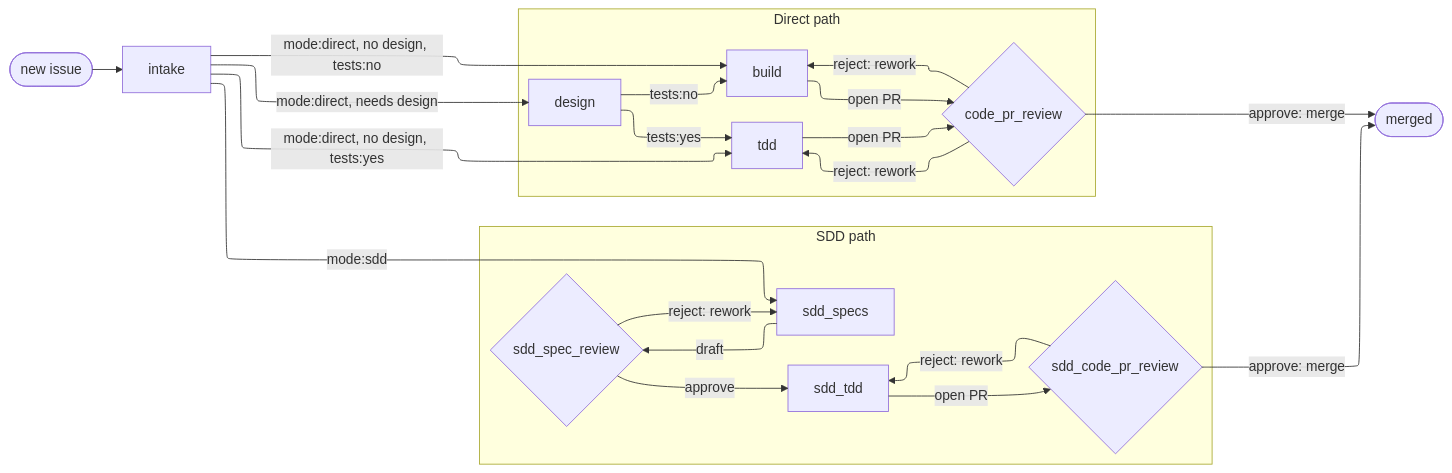
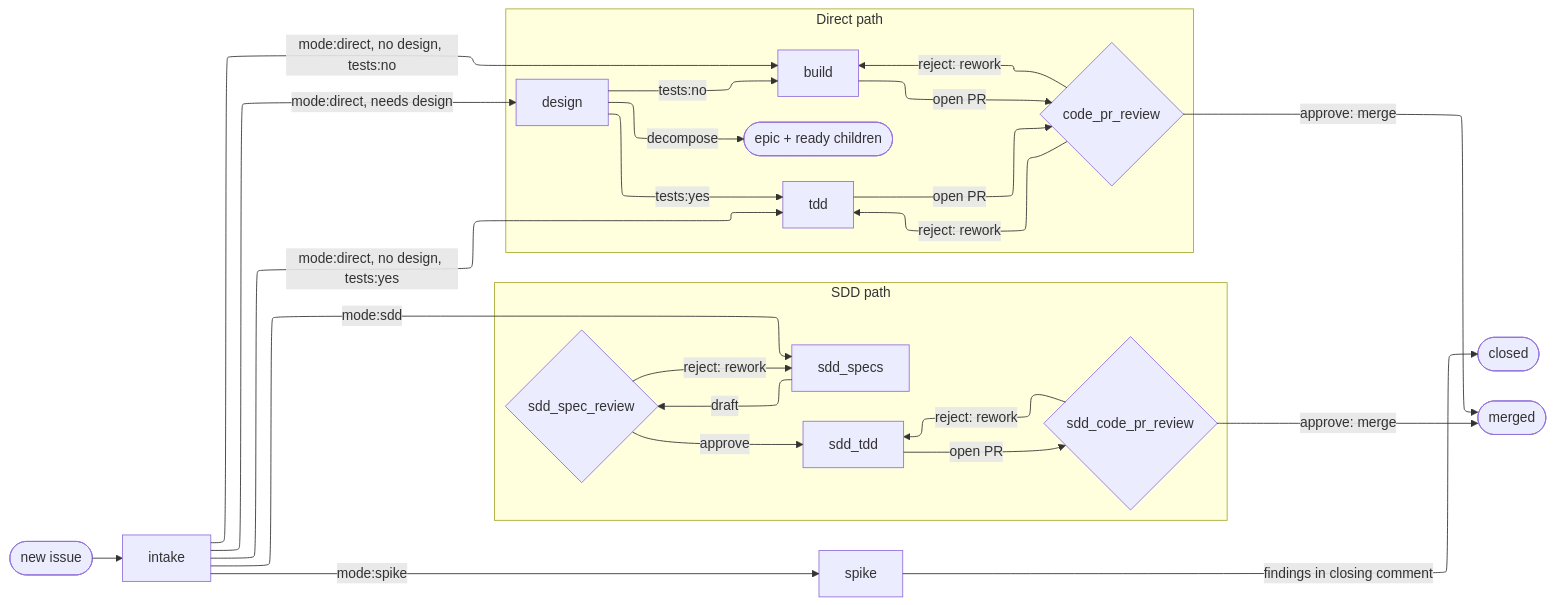
The diagram in workflow/workflow.md (GeoffNordling/dev-playbook), drawn with Mermaid before and after one commit. The commit also changed other lines of this file and 6 other files, not shown here.

````diff
--- a/workflow/workflow.md
+++ b/workflow/workflow.md
@@ -44,29 +46,32 @@
 ```mermaid
 %%{init: {'flowchart': {'defaultRenderer': 'elk'}}}%%
 flowchart LR
     new([new issue]) --> intake[intake]
     intake -->|mode:sdd| sdd_specs[sdd_specs]
     intake -->|mode:direct, needs design| design[design]
     intake -->|mode:direct, no design, tests:yes| tdd[tdd]
     intake -->|mode:direct, no design, tests:no| build[build]
+    intake -->|mode:spike| spike[spike]
 
     subgraph sdd[SDD path]
         sdd_specs -->|draft| sdd_spec_review{sdd_spec_review}
         sdd_spec_review -->|reject: rework| sdd_specs
         sdd_spec_review -->|approve| sdd_tdd[sdd_tdd]
         sdd_tdd -->|open PR| sdd_code_pr_review{sdd_code_pr_review}
         sdd_code_pr_review -->|reject: rework| sdd_tdd
     end
 
     subgraph direct[Direct path]
         design -->|tests:yes| tdd
         design -->|tests:no| build
+        design -->|decompose| decomposed([epic + ready children])
         tdd -->|open PR| code_pr_review{code_pr_review}
         build -->|open PR| code_pr_review
         code_pr_review -->|reject: rework| tdd
         code_pr_review -->|reject: rework| build
     end
 
+    spike -->|findings in closing comment| closed([closed])
     sdd_code_pr_review -->|approve: merge| done([merged])
     code_pr_review -->|approve: merge| done
 ```
````
